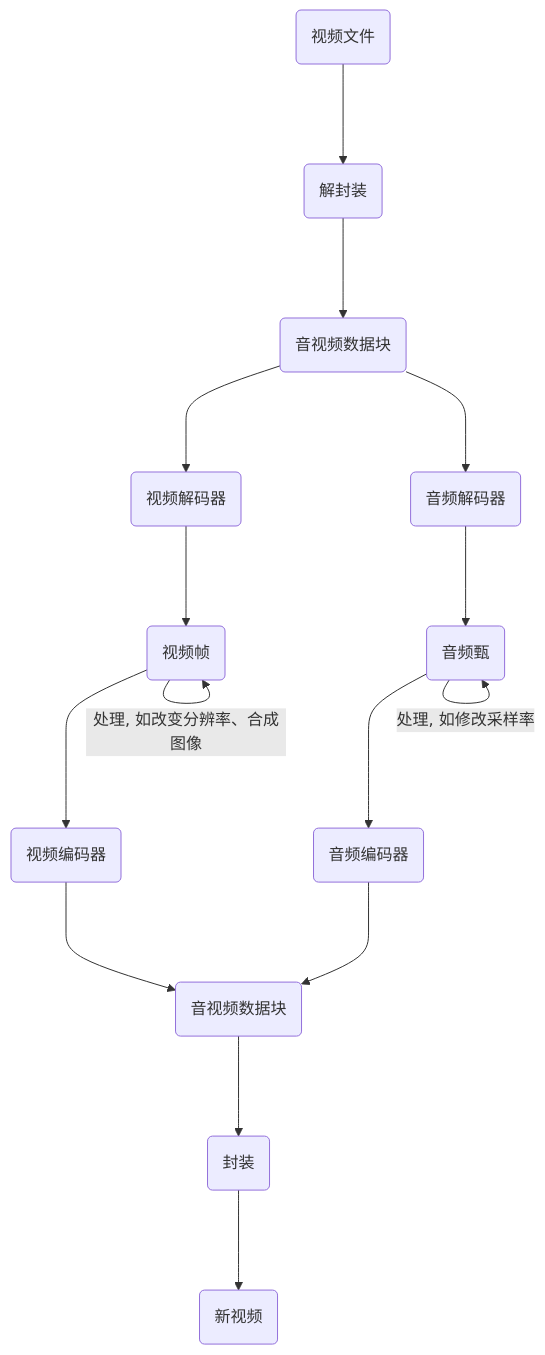
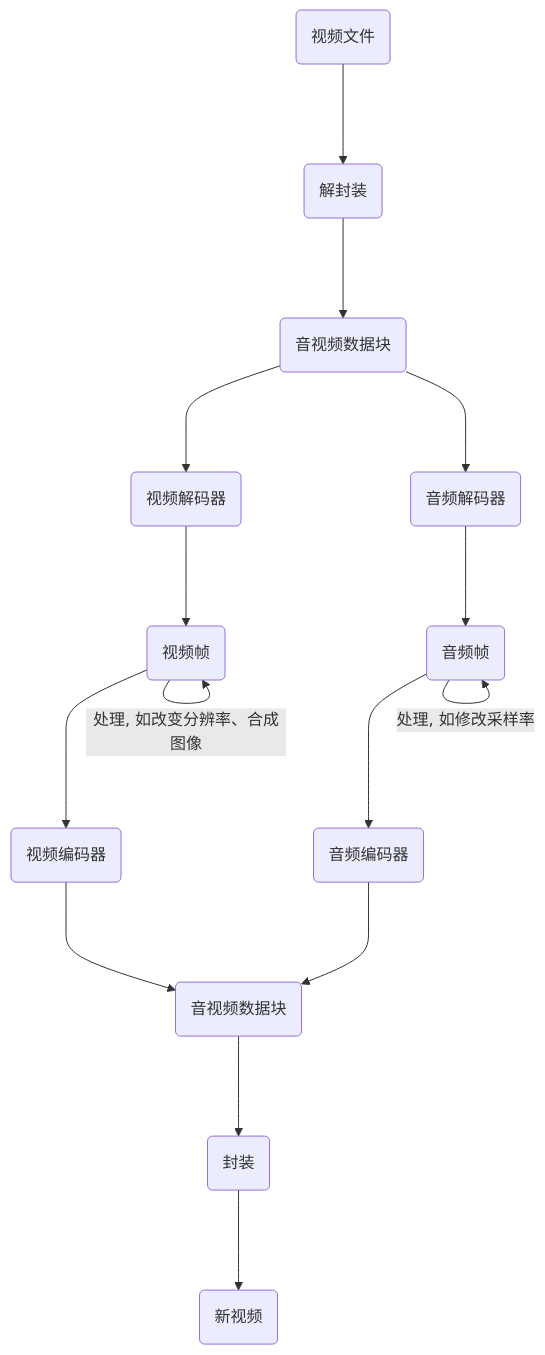
Before and after one commit to wqf31415/wqf31415.github.io: the first of 8 diagrams in source/_posts/流媒体服务架构及协议.md, drawn with Mermaid. The commit also changed other lines of this file and 2 other files, not shown here.

````diff
--- a/source/_posts/流媒体服务架构及协议.md
+++ b/source/_posts/流媒体服务架构及协议.md
@@ -34,9 +34,9 @@
 ```mermaid
 graph TB;
 videoFile(视频文件) ---> decapsulation(解封装) ---> videoAudioBlock(音视频数据块)
-videoAudioBlock ---> videoDecoder(视频解码器) ---> videoFrame(视频帧) ---> videoCoder(视频编码器) ---> videoAudioBlock2(音视频数据块) 
-videoAudioBlock ---> audioDecoder(音频解码器) ---> audioFrame(音频甄) ---> audioCoder(音频编码器) ---> videoAudioBlock2
+videoAudioBlock ---> videoDecoder(视频解码器) ---> videoFrame(视频帧) ---> videoCoder(视频编码器) ---> videoAudioBlock2(音视频数据块)
+videoAudioBlock ---> audioDecoder(音频解码器) ---> audioFrame(音频帧) ---> audioCoder(音频编码器) ---> videoAudioBlock2
 videoFrame --"处理, 如改变分辨率、合成图像"--> videoFrame
 audioFrame --"处理, 如修改采样率"--> audioFrame
 videoAudioBlock2 ---> encapsulation(封装) ---> newVideoFile(新视频)
 ```
````
